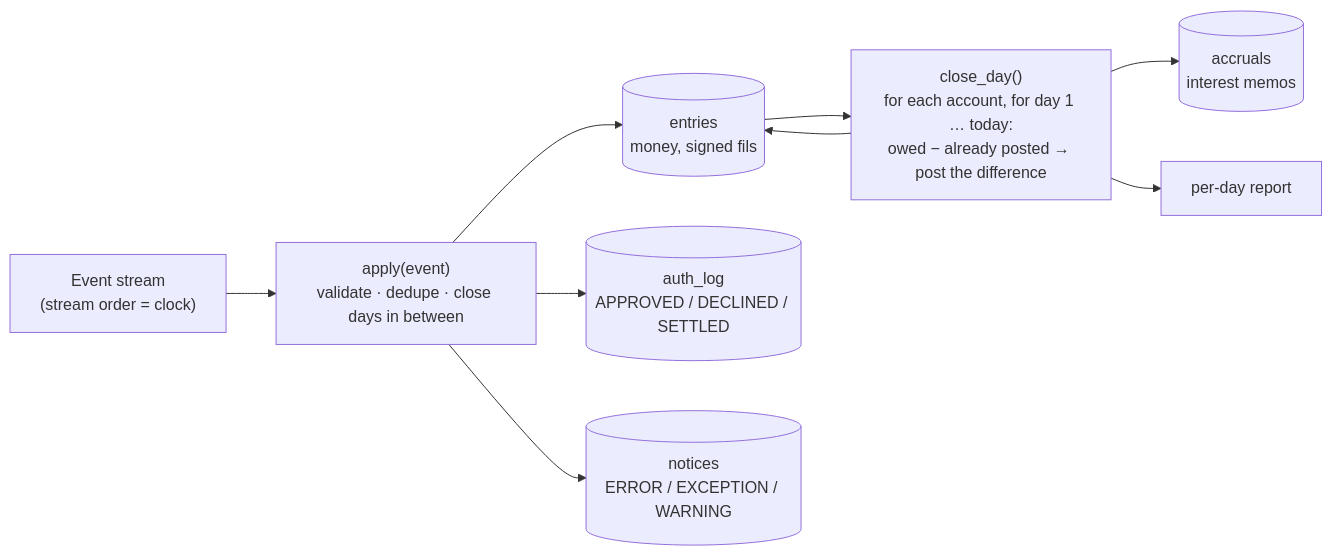
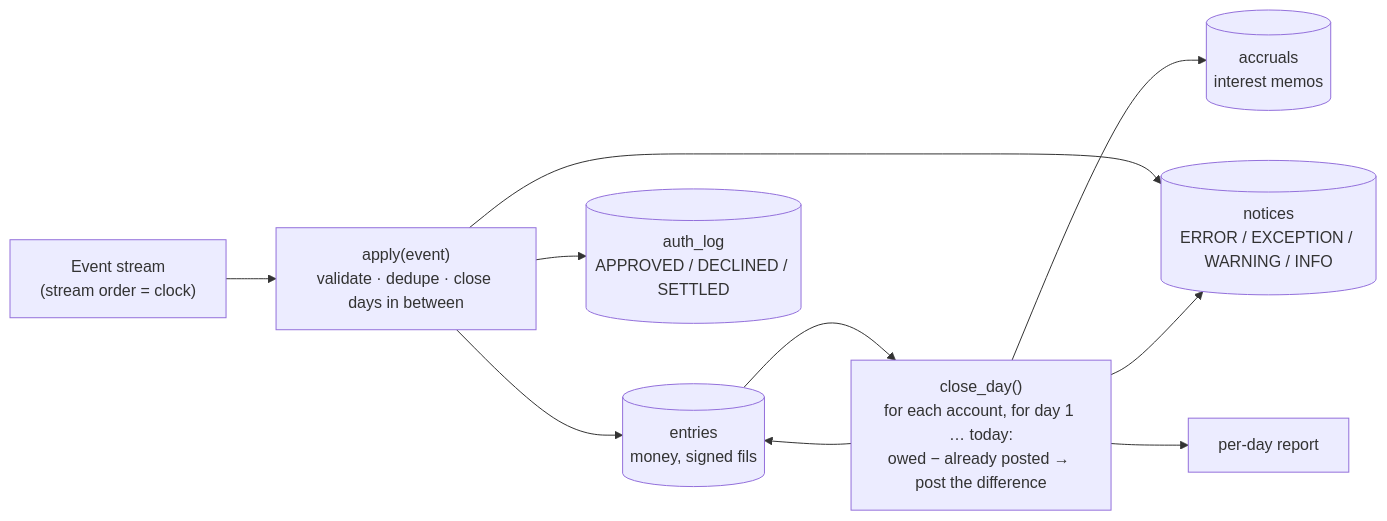
Before and after one commit to gholinejad/ledger-core: the first of 2 diagrams in README.md, drawn with Mermaid. The commit also changed other lines of this file and 6 other files, not shown here.

````diff
--- a/README.md
+++ b/README.md
@@ -36,11 +36,12 @@
 ```mermaid
 flowchart LR
   S["Event stream<br/>(stream order = clock)"] --> A["apply(event)<br/>validate · dedupe · close days in between"]
   A --> E[("entries<br/>money, signed fils")]
   A --> H[("auth_log<br/>APPROVED / DECLINED / SETTLED")]
-  A --> N[("notices<br/>ERROR / EXCEPTION / WARNING")]
+  A --> N[("notices<br/>ERROR / EXCEPTION / WARNING / INFO")]
   C["close_day()<br/>for each account, for day 1 … today:<br/>owed − already posted → post the difference"] --> E
   C --> R[("accruals<br/>interest memos")]
+  C --> N
   E --> C
   C --> P["per-day report"]
 ```
````
